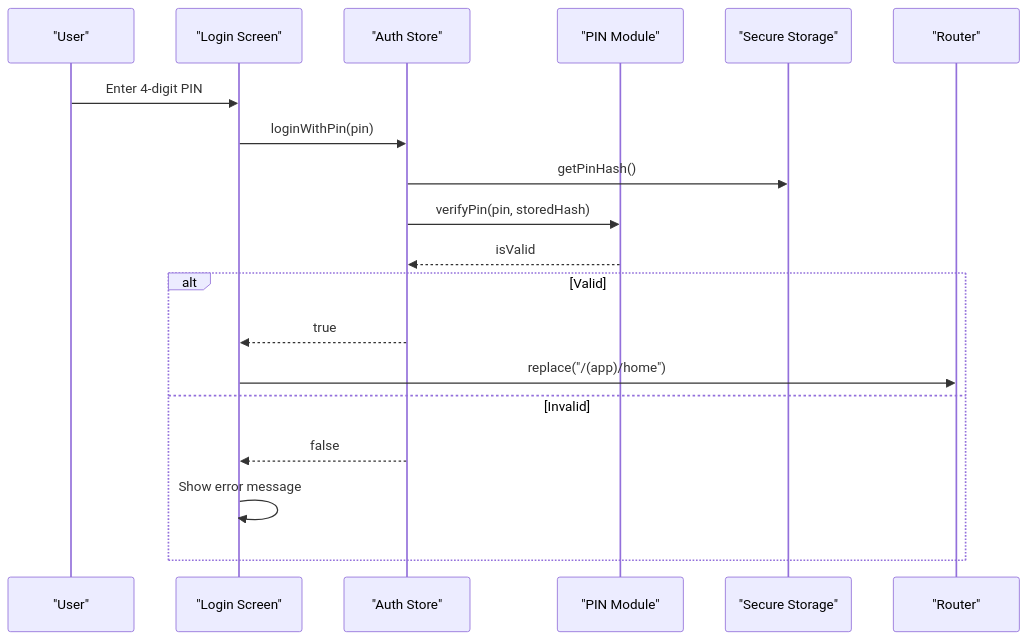
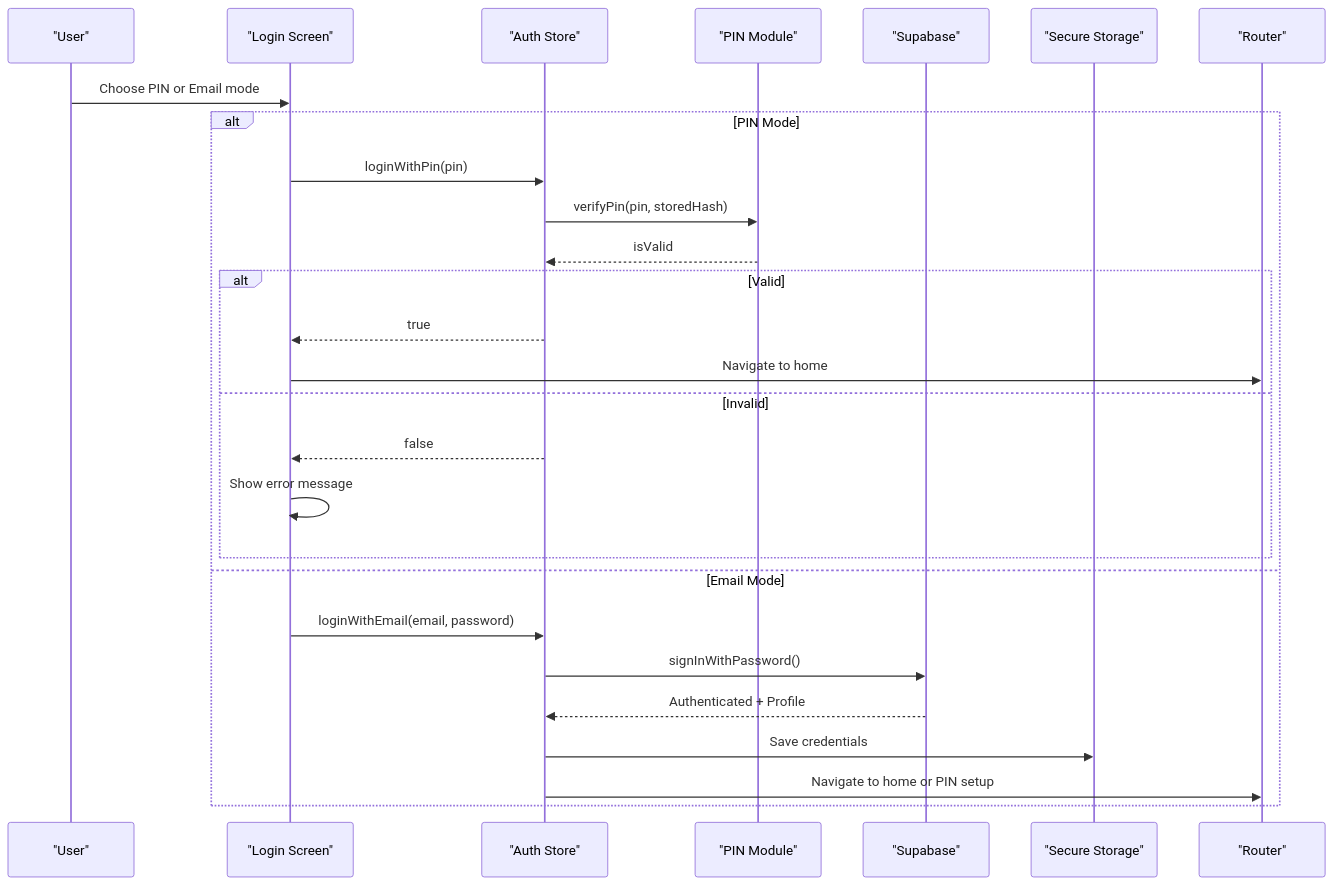
Before and after one commit to AdeelTahir-SE/DermSight: the fifth of 7 diagrams in .qoder/repowiki/en/content/Authentication System/Authentication System.md, drawn with Mermaid. The commit also changed other lines of this file and 43 other files, not shown here.

````diff
--- a/.qoder/repowiki/en/content/Authentication System/Authentication System.md
+++ b/.qoder/repowiki/en/content/Authentication System/Authentication System.md
@@ -328,21 +439,29 @@
 ```mermaid
 sequenceDiagram
 participant U as "User"
 participant L as "Login Screen"
 participant S as "Auth Store"
 participant P as "PIN Module"
+participant SUP as "Supabase"
 participant SS as "Secure Storage"
 participant R as "Router"
-U->>L : Enter 4-digit PIN
+U->>L : Choose PIN or Email mode
+alt PIN Mode
 L->>S : loginWithPin(pin)
-S->>SS : getPinHash()
 S->>P : verifyPin(pin, storedHash)
 P-->>S : isValid
 alt Valid
 S-->>L : true
-L->>R : replace("/(app)/home")
+L->>R : Navigate to home
 else Invalid
 S-->>L : false
 L->>L : Show error message
 end
+else Email Mode
+L->>S : loginWithEmail(email, password)
+S->>SUP : signInWithPassword()
+SUP-->>S : Authenticated + Profile
+S->>SS : Save credentials
+S->>R : Navigate to home or PIN setup
+end
 ```
````
